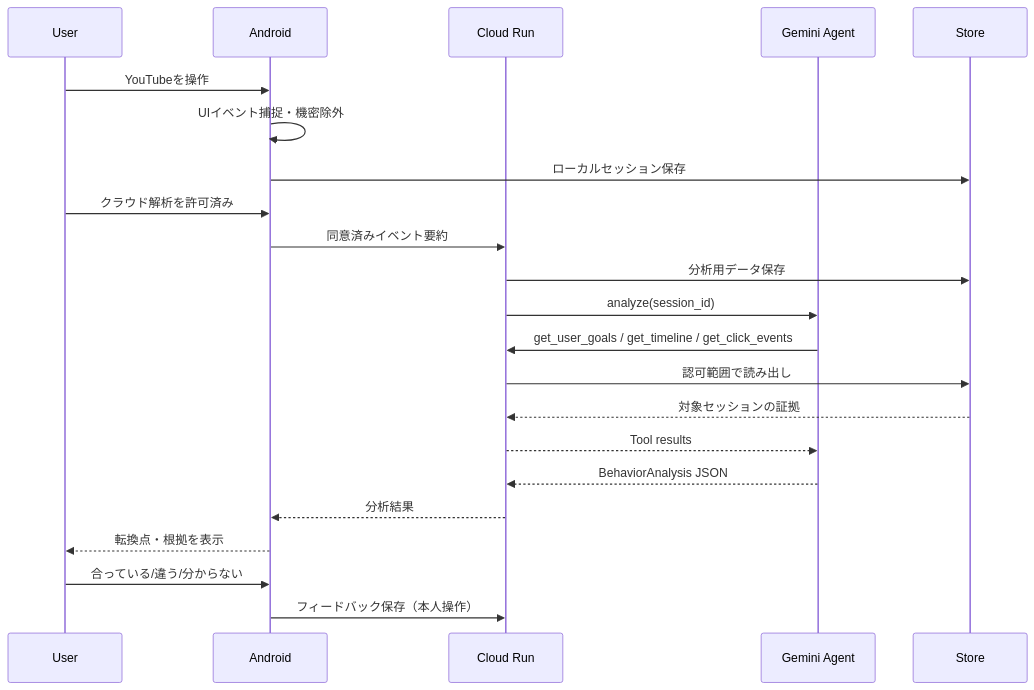
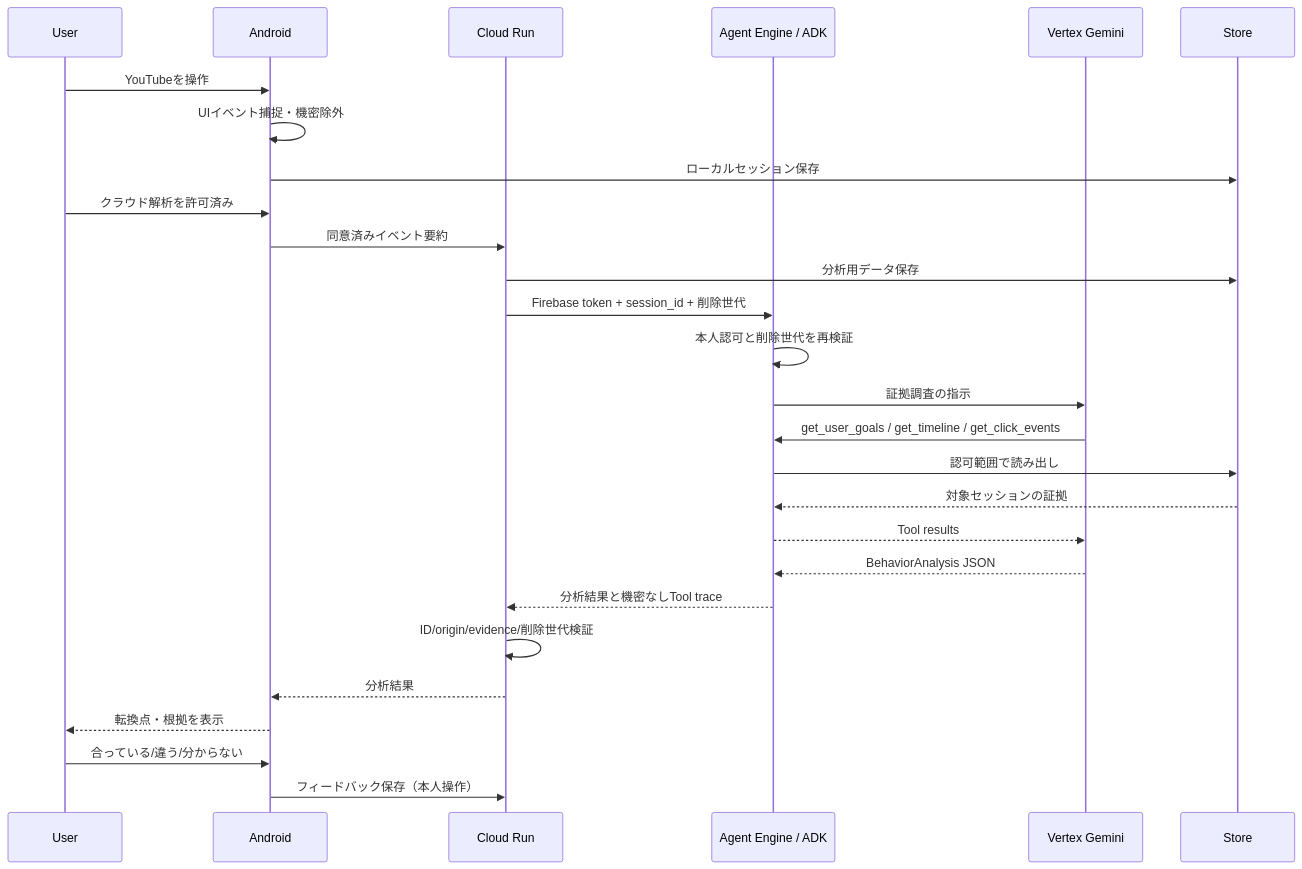
Before and after one commit to ATworks-np/dopadopa: the second of 2 diagrams in docs/architecture/OVERVIEW.md, drawn with Mermaid. The commit also changed other lines of this file and 4 other files, not shown here.

Commit message:
docs(DG-016): align README and architecture with current Engine deployment

````diff
--- a/docs/architecture/OVERVIEW.md
+++ b/docs/architecture/OVERVIEW.md
@@ -29,24 +31,29 @@
 ```mermaid
 sequenceDiagram
     participant U as User
     participant A as Android
     participant API as Cloud Run
-    participant G as Gemini Agent
+    participant E as Agent Engine / ADK
+    participant G as Vertex Gemini
     participant DB as Store
     U->>A: YouTubeを操作
     A->>A: UIイベント捕捉・機密除外
     A->>DB: ローカルセッション保存
     U->>A: クラウド解析を許可済み
     A->>API: 同意済みイベント要約
     API->>DB: 分析用データ保存
-    API->>G: analyze(session_id)
-    G->>API: get_user_goals / get_timeline / get_click_events
-    API->>DB: 認可範囲で読み出し
-    DB-->>API: 対象セッションの証拠
-    API-->>G: Tool results
-    G-->>API: BehaviorAnalysis JSON
+    API->>E: Firebase token + session_id + 削除世代
+    E->>E: 本人認可と削除世代を再検証
+    E->>G: 証拠調査の指示
+    G->>E: get_user_goals / get_timeline / get_click_events
+    E->>DB: 認可範囲で読み出し
+    DB-->>E: 対象セッションの証拠
+    E-->>G: Tool results
+    G-->>E: BehaviorAnalysis JSON
+    E-->>API: 分析結果と機密なしTool trace
+    API->>API: ID/origin/evidence/削除世代検証
     API-->>A: 分析結果
     A-->>U: 転換点・根拠を表示
     U->>A: 合っている/違う/分からない
     A->>API: フィードバック保存（本人操作）
 ```
````
